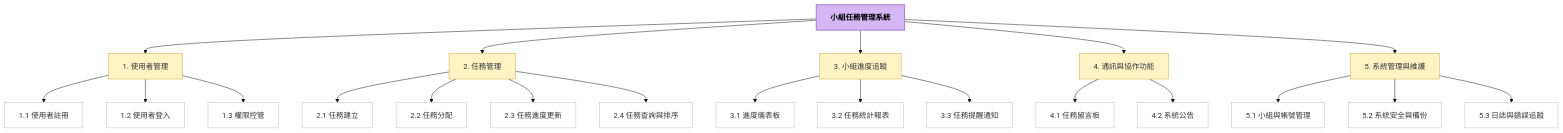
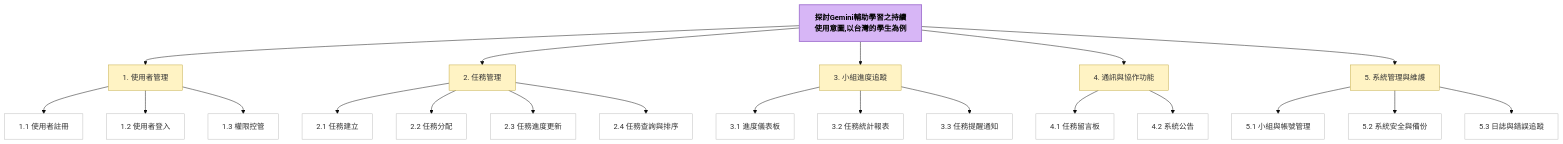
The diagram in hw3.md (kai222592/114_Capstone-Project), drawn with Mermaid (base theme) before and after one commit.

Commit message:
Update project title in hw3.md

````diff
--- a/hw3.md
+++ b/hw3.md
@@ -45,56 +45,56 @@
 ```mermaid
 graph TD
-    A[小組任務管理系統]
+    A[探討Gemini輔助學習之持續使用意圖,以台灣的學生為例]
 
     A --> B1[1. 使用者管理]
     B1 --> B11[1.1 使用者註冊]
     B1 --> B12[1.2 使用者登入]
     B1 --> B13[1.3 權限控管]
 
     A --> B2[2. 任務管理]
     B2 --> B21[2.1 任務建立]
     B2 --> B22[2.2 任務分配]
     B2 --> B23[2.3 任務進度更新]
     B2 --> B24[2.4 任務查詢與排序]
 
     A --> B3[3. 小組進度追蹤]
     B3 --> B31[3.1 進度儀表板]
     B3 --> B32[3.2 任務統計報表]
     B3 --> B33[3.3 任務提醒通知]
 
     A --> B4[4. 通訊與協作功能]
     B4 --> B41[4.1 任務留言板]
     B4 --> B42[4.2 系統公告]
 
     A --> B5[5. 系統管理與維護]
     B5 --> B51[5.1 小組與帳號管理]
     B5 --> B52[5.2 系統安全與備份]
     B5 --> B53[5.3 日誌與錯誤追蹤]
     %% ---- 節點配色 ----
     style A fill:#d7b6f6,stroke:#a678d3,stroke-width:2px,color:#000,font-weight:bold
     style B1 fill:#fff3c4,stroke:#c2a83e,stroke-width:1px
     style B2 fill:#fff3c4,stroke:#c2a83e,stroke-width:1px
     style B3 fill:#fff3c4,stroke:#c2a83e,stroke-width:1px
     style B4 fill:#fff3c4,stroke:#c2a83e,stroke-width:1px
     style B5 fill:#fff3c4,stroke:#c2a83e,stroke-width:1px
 
     style B11 fill:#ffffff,stroke:#bcbcbc
     style B12 fill:#ffffff,stroke:#bcbcbc
     style B13 fill:#ffffff,stroke:#bcbcbc
 
     style B21 fill:#ffffff,stroke:#bcbcbc
     style B22 fill:#ffffff,stroke:#bcbcbc
     style B23 fill:#ffffff,stroke:#bcbcbc
     style B24 fill:#ffffff,stroke:#bcbcbc
 
     style B31 fill:#ffffff,stroke:#bcbcbc
     style B32 fill:#ffffff,stroke:#bcbcbc
     style B33 fill:#ffffff,stroke:#bcbcbc
 
     style B41 fill:#ffffff,stroke:#bcbcbc
     style B42 fill:#ffffff,stroke:#bcbcbc
 
     style B51 fill:#ffffff,stroke:#bcbcbc
     style B52 fill:#ffffff,stroke:#bcbcbc
     style B53 fill:#ffffff,stroke:#bcbcbc
 ```
````
